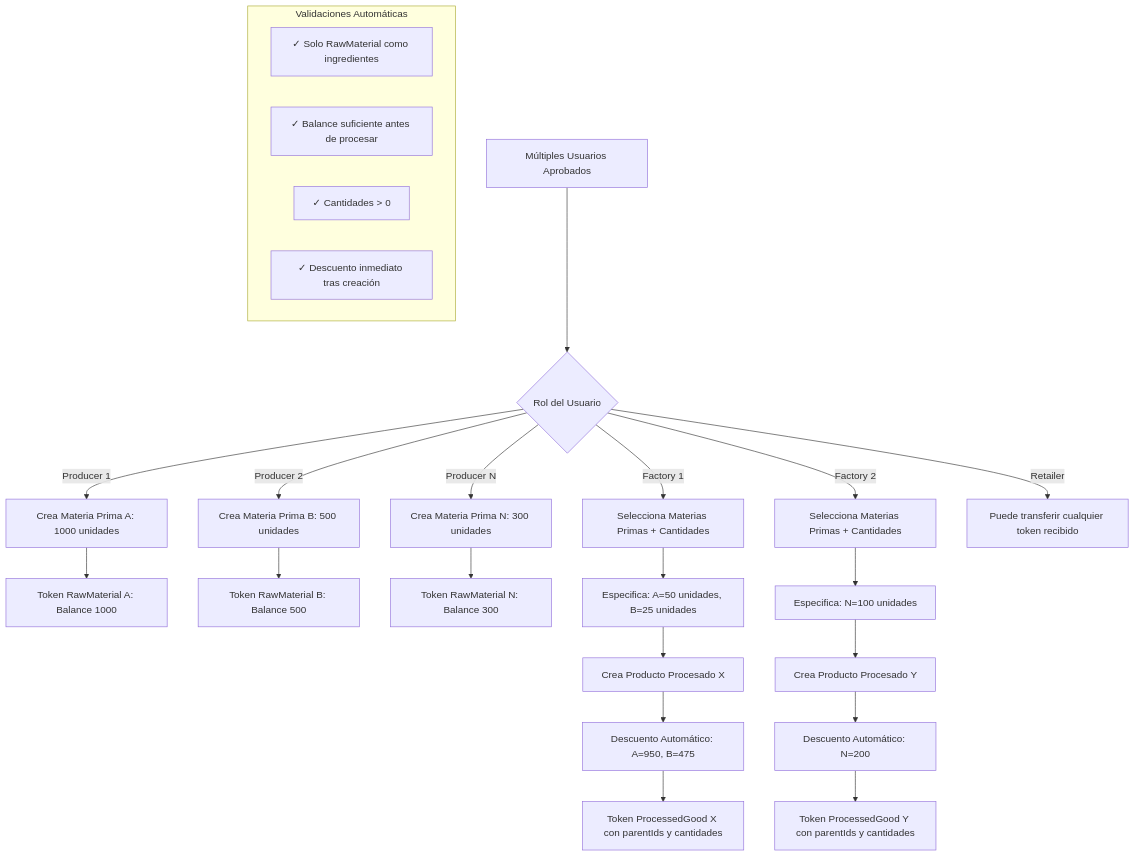
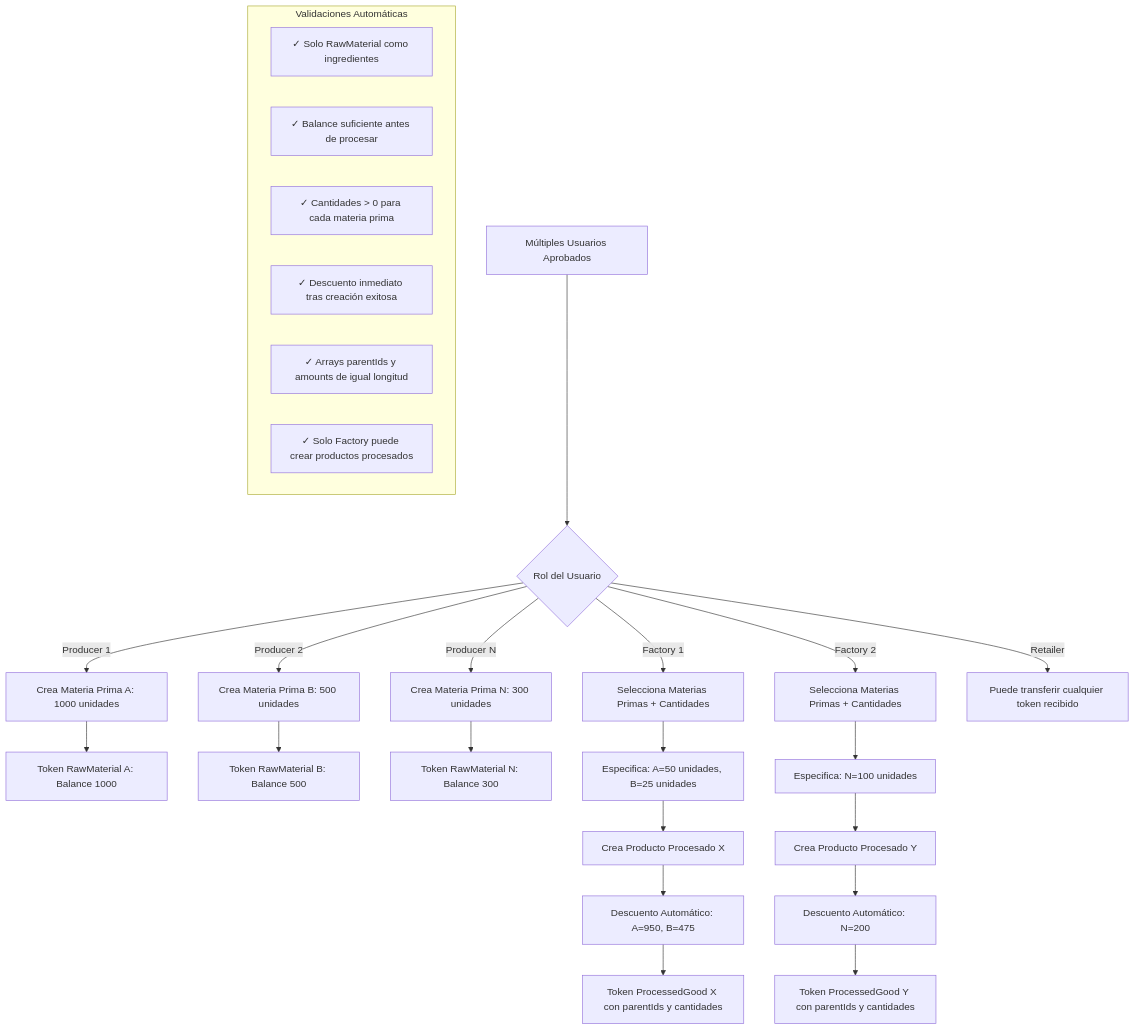
Before and after one commit to risuiar/supply-chain-tracker: the second of 5 diagrams in README.md, drawn with Mermaid. The commit also changed other lines of this file, not shown here.

````diff
--- a/README.md
+++ b/README.md
@@ -109,37 +115,39 @@
 ```mermaid
 graph TD
     A[Múltiples Usuarios Aprobados] --> B{Rol del Usuario}
     
     B -->|Producer 1| C1[Crea Materia Prima A: 1000 unidades]
     B -->|Producer 2| C2[Crea Materia Prima B: 500 unidades]
     B -->|Producer N| C3[Crea Materia Prima N: 300 unidades]
     
     C1 --> D[Token RawMaterial A: Balance 1000]
     C2 --> E[Token RawMaterial B: Balance 500]
     C3 --> F[Token RawMaterial N: Balance 300]
     
     B -->|Factory 1| G1[Selecciona Materias Primas + Cantidades]
     B -->|Factory 2| G2[Selecciona Materias Primas + Cantidades]
     
     G1 --> G1A[Especifica: A=50 unidades, B=25 unidades]
     G2 --> G2A[Especifica: N=100 unidades]
     
     G1A --> H1[Crea Producto Procesado X]
     G2A --> H2[Crea Producto Procesado Y]
     
     H1 --> H1A[Descuento Automático: A=950, B=475]
     H2 --> H2A[Descuento Automático: N=200]
     
     H1A --> I1[Token ProcessedGood X con parentIds y cantidades]
     H2A --> I2[Token ProcessedGood Y con parentIds y cantidades]
     
     subgraph "Validaciones Automáticas"
         V1[✓ Solo RawMaterial como ingredientes]
         V2[✓ Balance suficiente antes de procesar]
-        V3[✓ Cantidades > 0]
-        V4[✓ Descuento inmediato tras creación]
+        V3[✓ Cantidades > 0 para cada materia prima]
+        V4[✓ Descuento inmediato tras creación exitosa]
+        V5[✓ Arrays parentIds y amounts de igual longitud]
+        V6[✓ Solo Factory puede crear productos procesados]
     end
     
     B -->|Retailer| J[Puede transferir cualquier token recibido]
     
 ```
````
